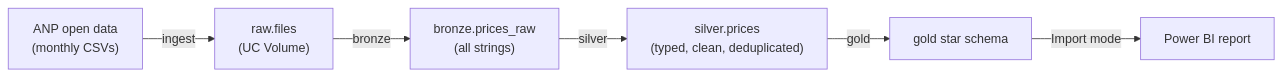
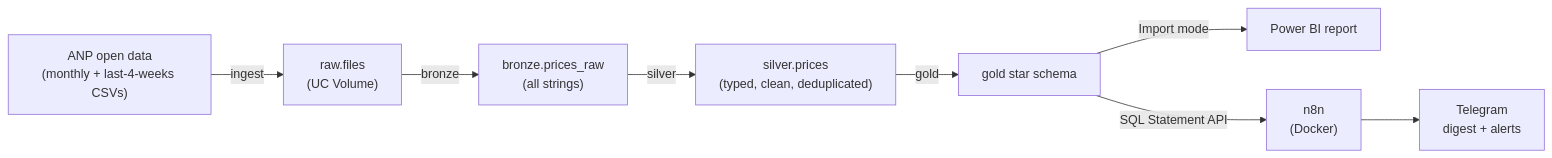
Before and after one commit to lfesouza/FleetFuel-Analytics: the first of 4 diagrams in README.md, drawn with Mermaid. The commit also changed other lines of this file, not shown here.

First line of the commit message:
Phase 2.6: README section for the weekly alerts

````diff
--- a/README.md
+++ b/README.md
@@ -27,8 +29,10 @@
 ```mermaid
 flowchart LR
-    ANP["ANP open data<br/>(monthly CSVs)"] -->|ingest| RAW["raw.files<br/>(UC Volume)"]
+    ANP["ANP open data<br/>(monthly + last-4-weeks CSVs)"] -->|ingest| RAW["raw.files<br/>(UC Volume)"]
     RAW -->|bronze| BRONZE["bronze.prices_raw<br/>(all strings)"]
     BRONZE -->|silver| SILVER["silver.prices<br/>(typed, clean, deduplicated)"]
     SILVER -->|gold| GOLD["gold star schema"]
     GOLD -->|Import mode| PBI["Power BI report"]
+    GOLD -->|SQL Statement API| N8N["n8n<br/>(Docker)"]
+    N8N --> TG["Telegram<br/>digest + alerts"]
 ```
````
